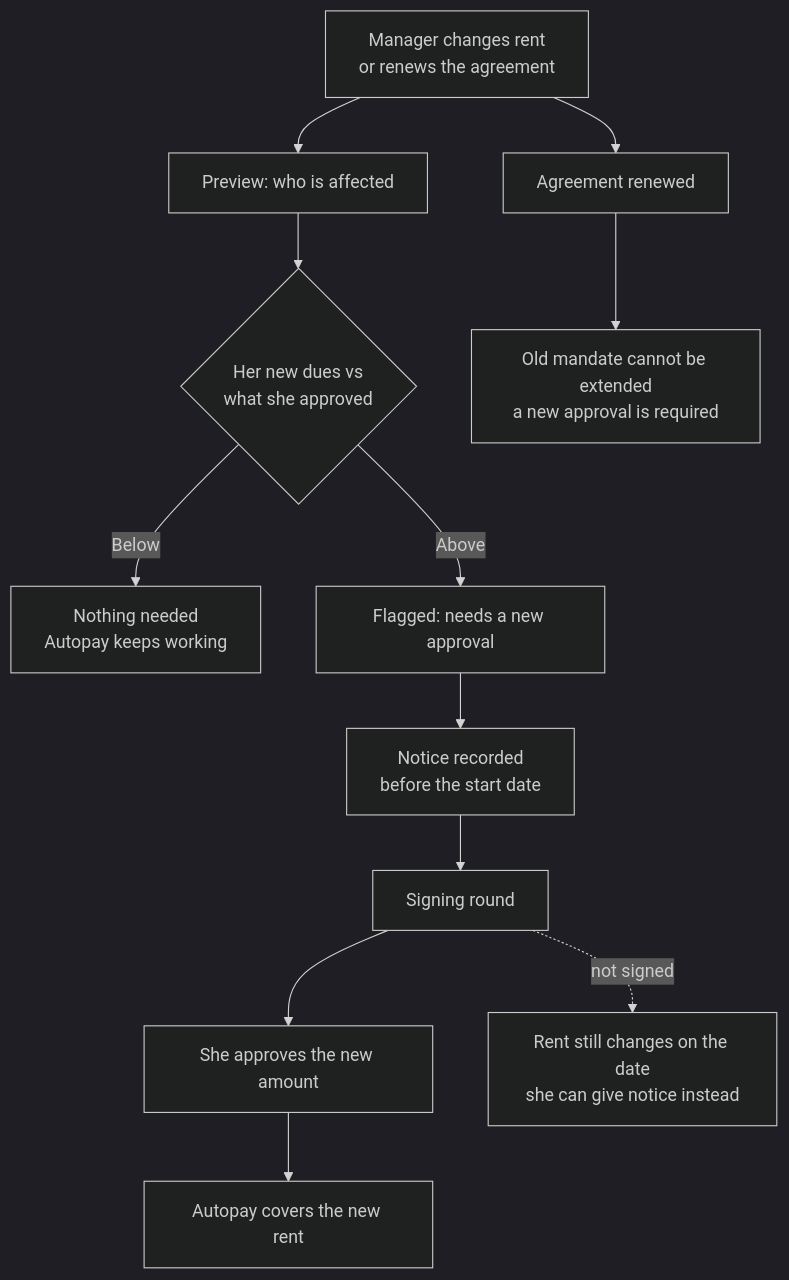
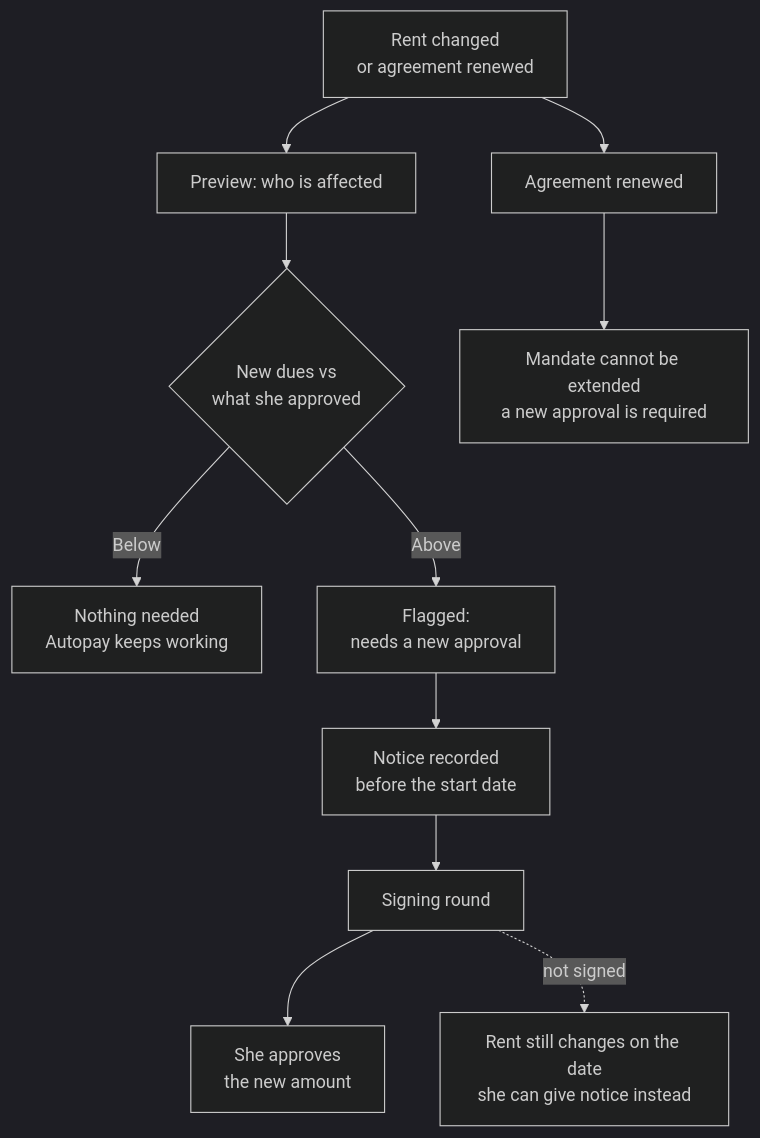
Before and after one commit to eazyapp-tech/rentok-autopay: the fourth of 4 diagrams in surfaces/manager-app.md, drawn with Mermaid (dark theme). The commit also changed other lines of this file and 3 other files, not shown here.

````diff
--- a/surfaces/manager-app.md
+++ b/surfaces/manager-app.md
@@ -137,14 +126,13 @@
 ```mermaid
 flowchart TD
-    A[Manager changes rent<br/>or renews the agreement] --> B[Preview: who is affected]
-    B --> C{Her new dues vs<br/>what she approved}
+    A[Rent changed<br/>or agreement renewed] --> B[Preview: who is affected]
+    B --> C{New dues vs<br/>what she approved}
     C -- Below --> D[Nothing needed<br/>Autopay keeps working]
-    C -- Above --> E[Flagged: needs a new approval]
+    C -- Above --> E[Flagged:<br/>needs a new approval]
     E --> F[Notice recorded<br/>before the start date]
     F --> G[Signing round]
-    G --> H[She approves the new amount]
-    H --> I[Autopay covers the new rent]
-    G -.not signed.-> J[Rent still changes on the date<br/>she can give notice instead]
-    A --> K[Agreement renewed]
-    K --> L[Old mandate cannot be extended<br/>a new approval is required]
+    G --> H[She approves<br/>the new amount]
+    G -.not signed.-> I[Rent still changes on the date<br/>she can give notice instead]
+    A --> J[Agreement renewed]
+    J --> K[Mandate cannot be extended<br/>a new approval is required]
 ```
````
